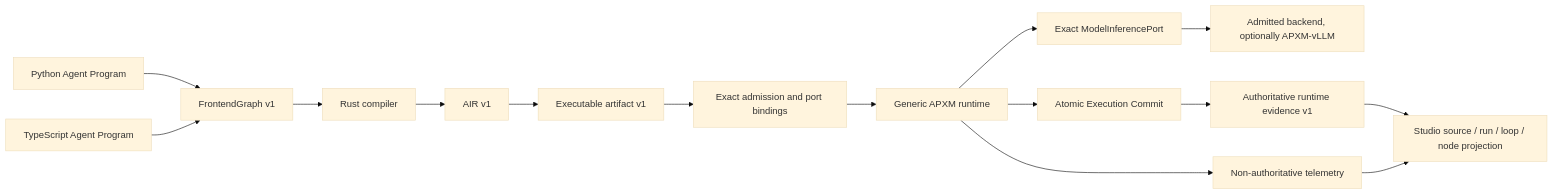
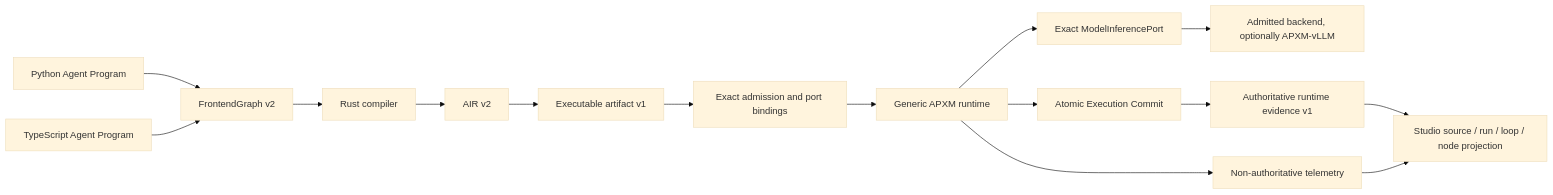
Before and after one commit to apxm-project/agents: the diagram in docs/README.md, drawn with Mermaid (base theme). The commit also changed other lines of this file and 10 other files, not shown here.

````diff
--- a/docs/README.md
+++ b/docs/README.md
@@ -23,17 +23,17 @@
 ```mermaid
 flowchart LR
-    PY["Python Agent Program"] --> FG["FrontendGraph v1"]
+    PY["Python Agent Program"] --> FG["FrontendGraph v2"]
     TS["TypeScript Agent Program"] --> FG
     FG --> C["Rust compiler"]
-    C --> AIR["AIR v1"]
+    C --> AIR["AIR v2"]
     AIR --> A["Executable artifact v1"]
     A --> ADM["Exact admission and port bindings"]
     ADM --> R["Generic APXM runtime"]
     R --> M["Exact ModelInferencePort"]
     M --> V["Admitted backend, optionally APXM-vLLM"]
     R --> EC["Atomic Execution Commit"]
     EC --> E["Authoritative runtime evidence v1"]
     R --> T["Non-authoritative telemetry"]
     E --> S["Studio source / run / loop / node projection"]
     T --> S
 ```
````
